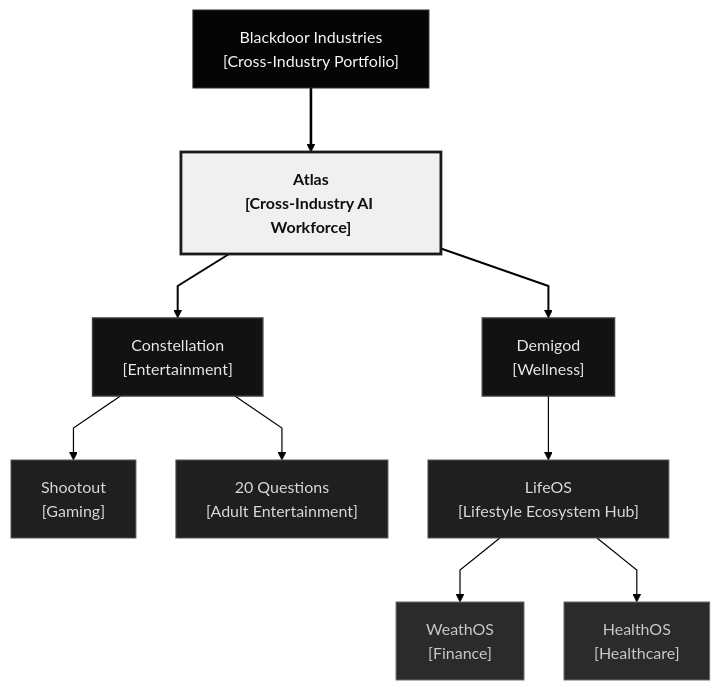
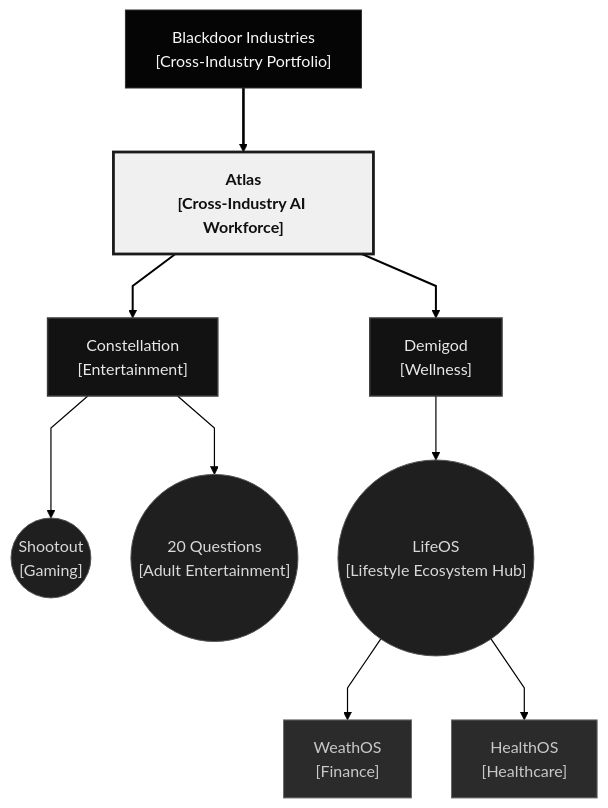
Before and after one commit to Blackdoor-Industries/.github: the first of 2 diagrams in profile/README.md, drawn with Mermaid.

Commit message:
Render product nodes as circles in org diagram

````diff
--- a/profile/README.md
+++ b/profile/README.md
@@ -41,48 +41,48 @@
 ```mermaid
 %%{init: {
   "theme": "base",
   "flowchart": {
     "curve": "linear",
     "nodeSpacing": 40,
     "rankSpacing": 64
   },
   "themeVariables": {
     "fontFamily": "system-ui, -apple-system, Segoe UI, sans-serif",
     "lineColor": "#000000",
     "textColor": "#eaeaea",
     "primaryColor": "#181818",
     "primaryBorderColor": "#454545",
     "tertiaryColor": "#121212",
     "background": "#ffffff"
   }
 }}%%
 flowchart TB
     BD["Blackdoor Industries<br/>[Cross-Industry Portfolio]"]:::holding
     ATLAS["Atlas<br/>[Cross-Industry AI Workforce]"]:::atlas
     CONST["Constellation<br/>[Entertainment]"]:::subsidiary
     DEMI["Demigod<br/>[Wellness]"]:::subsidiary
-    SHOOT["Shootout<br/>[Gaming]"]:::product
-    VN["20 Questions<br/>[Adult Entertainment]"]:::product
-    LIFE["LifeOS<br/>[Lifestyle Ecosystem Hub]"]:::product
+    SHOOT(("Shootout<br/>[Gaming]")):::product
+    VN(("20 Questions<br/>[Adult Entertainment]")):::product
+    LIFE(("LifeOS<br/>[Lifestyle Ecosystem Hub]")):::product
     WEATH["WeathOS<br/>[Finance]"]:::module
     HEALTH["HealthOS<br/>[Healthcare]"]:::module
 
     BD ==> ATLAS
     ATLAS ==> CONST
     ATLAS ==> DEMI
     CONST --> SHOOT
     CONST --> VN
     DEMI --> LIFE
     LIFE --> WEATH
     LIFE --> HEALTH
 
     classDef holding fill:#050505,stroke:#2f2f2f,stroke-width:1px,color:#f8f8f8
     classDef atlas fill:#f0f0f0,stroke:#1a1a1a,stroke-width:2.8px,color:#101010,font-weight:700
     classDef subsidiary fill:#121212,stroke:#3a3a3a,stroke-width:1.5px,color:#e8e8e8
     classDef product fill:#1f1f1f,stroke:#555555,stroke-width:1px,color:#d9d9d9
     classDef module fill:#2b2b2b,stroke:#6a6a6a,stroke-width:1px,color:#c9c9c9
 
     linkStyle 0 stroke:#000000,stroke-width:2.6px
     linkStyle 1,2 stroke:#000000,stroke-width:2px
     linkStyle 3,4,5,6,7 stroke:#000000,stroke-width:1.2px
 ```
````
